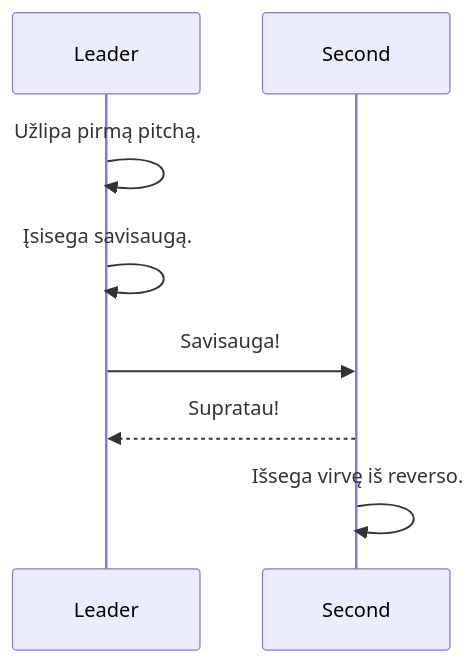
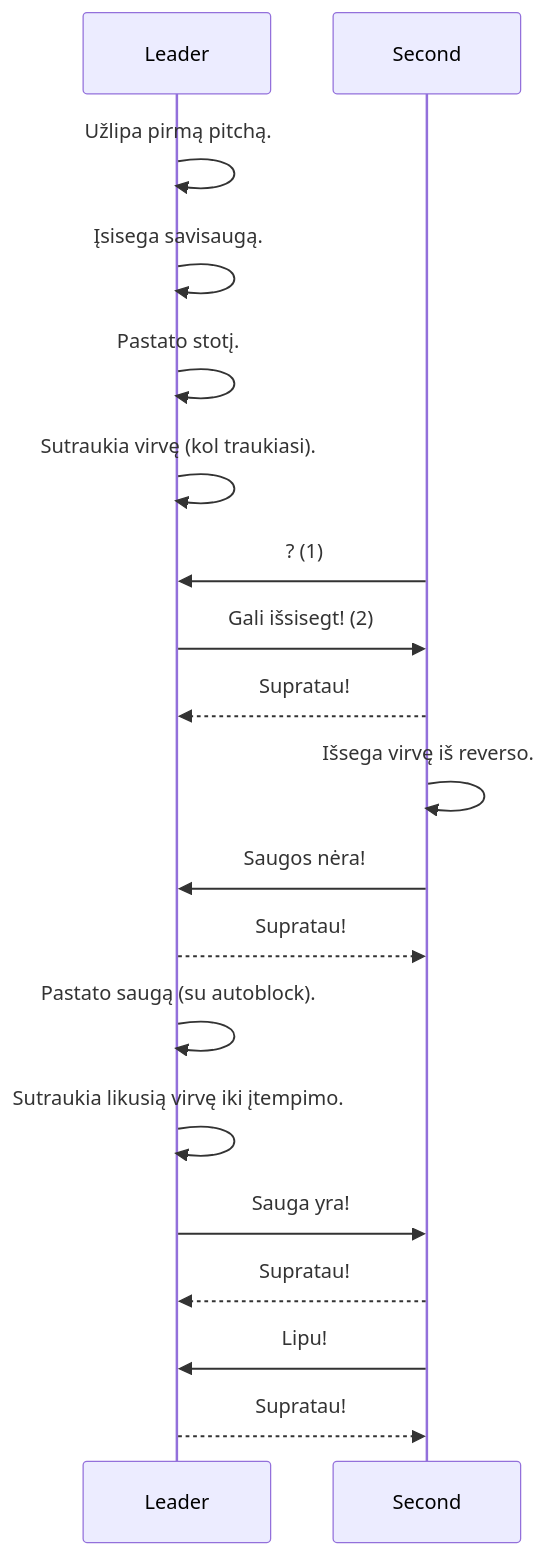
The diagram in README.md (vzurauskas/multipitch), drawn with Mermaid before and after one commit. The commit also changed other lines of this file, not shown here.

````diff
--- a/README.md
+++ b/README.md
@@ -4,10 +4,20 @@
 ```mermaid
 sequenceDiagram
     Leader ->> Leader: Užlipa pirmą pitchą.
     Leader ->> Leader: Įsisega savisaugą.
-    Leader ->> Second: Savisauga!
+    Leader ->> Leader: Pastato stotį.
+    Leader ->> Leader: Sutraukia virvę (kol traukiasi).
+    Second ->> Leader: ? (1)
+    Leader ->> Second: Gali išsisegt! (2)
     Second -->> Leader: Supratau!
     Second ->> Second: Išsega virvę iš reverso.
-    
+    Second ->> Leader: Saugos nėra!
+    Leader -->> Second: Supratau!
+    Leader ->> Leader: Pastato saugą (su autoblock).
+    Leader ->> Leader: Sutraukia likusią virvę iki įtempimo.
+    Leader ->> Second: Sauga yra!
+    Second -->> Leader: Supratau!
+    Second ->> Leader: Lipu!
+    Leader -->> Second: Supratau!
     
 ```
````
